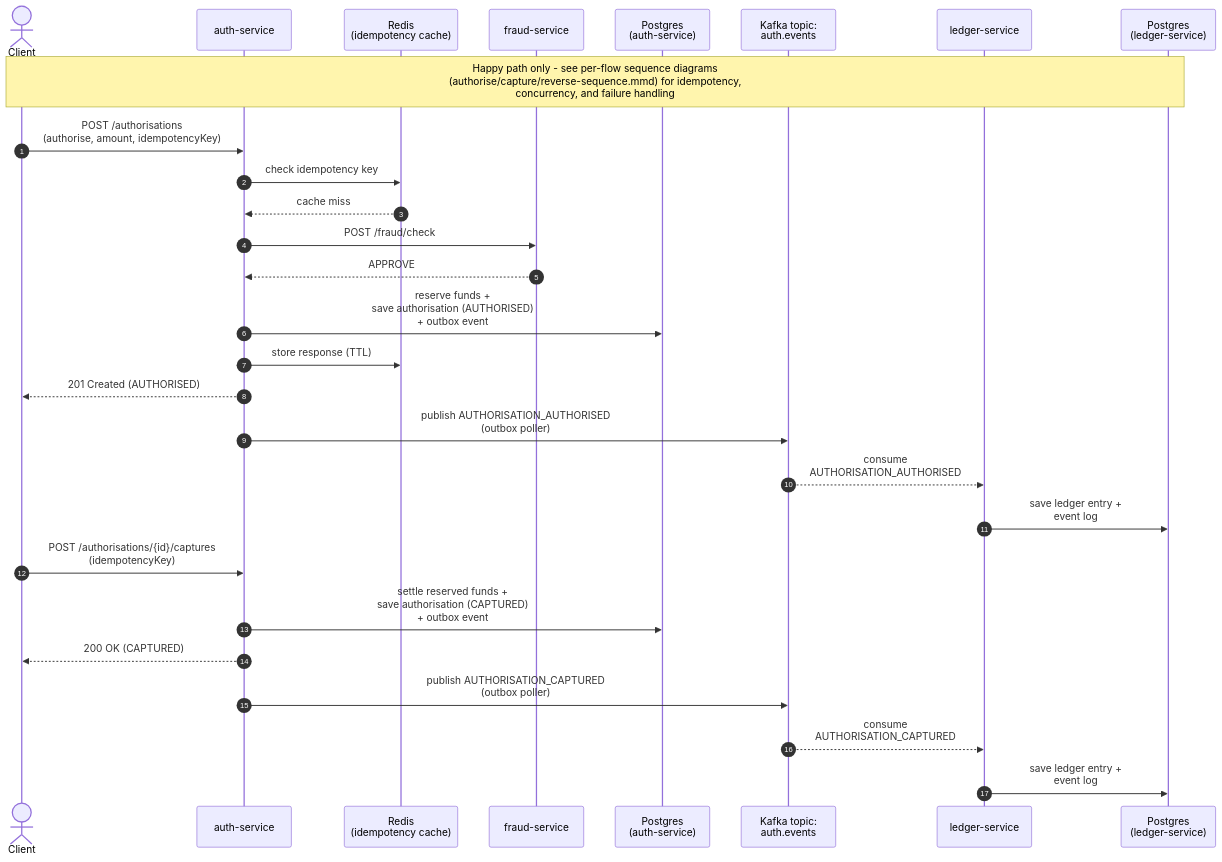
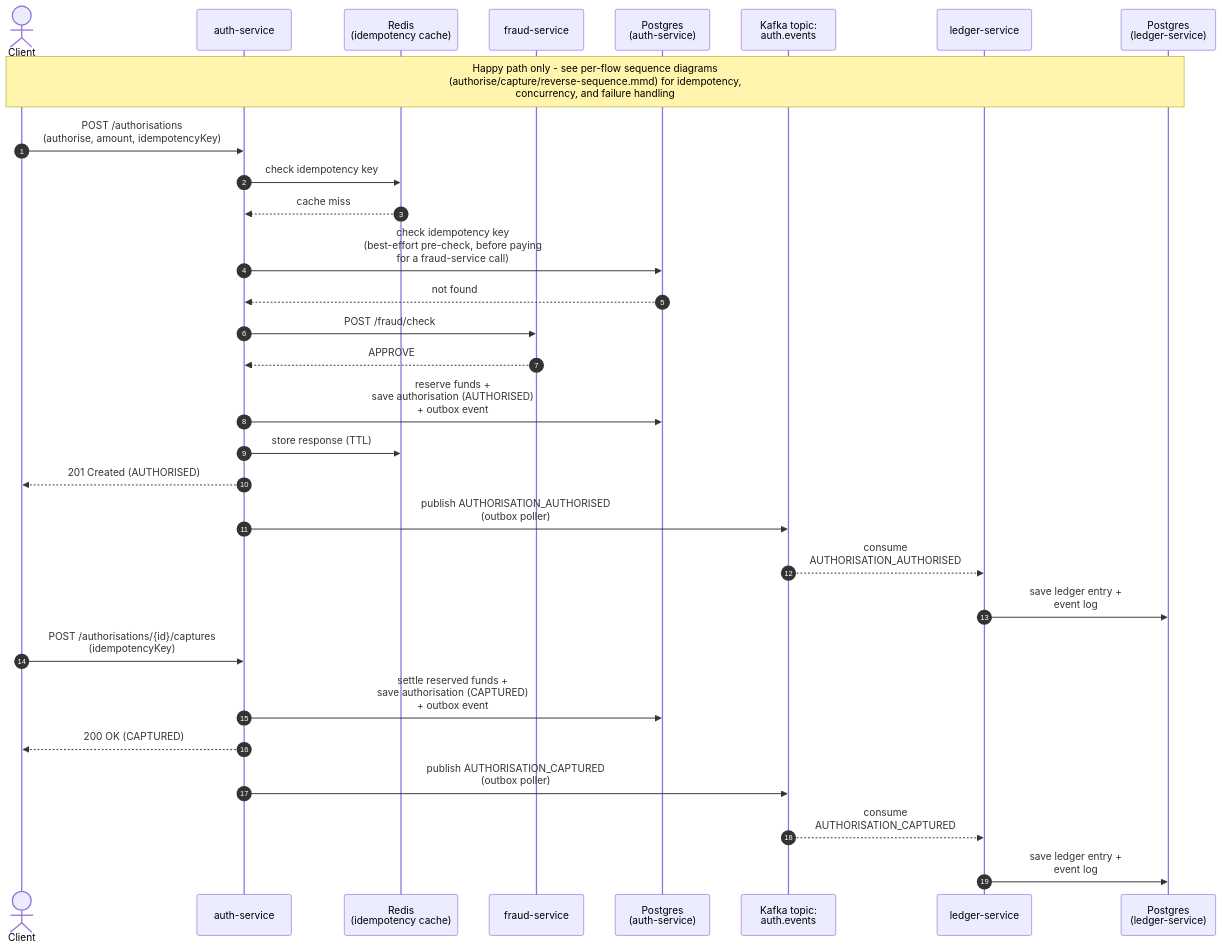
The diagram in docs/flows/diagrams/payment-lifecycle-happy-path.mmd (ShirongQuan/payment-platform), drawn with Mermaid before and after one commit. The commit also changed 41 other files, not shown here.

Commit message:
Updating diagrams and documentation

```diff
--- a/docs/flows/diagrams/payment-lifecycle-happy-path.mmd
+++ b/docs/flows/diagrams/payment-lifecycle-happy-path.mmd
@@ -1,28 +1,30 @@
 sequenceDiagram
     autonumber
     actor Client
     participant Auth as auth-service
     participant Cache as Redis<br/>(idempotency cache)
     participant Fraud as fraud-service
     participant DB as Postgres<br/>(auth-service)
     participant Kafka as Kafka topic:<br/>auth.events
     participant Ledger as ledger-service
     participant LDB as Postgres<br/>(ledger-service)
     Note over Client, LDB: Happy path only - see per-flow sequence diagrams<br/>(authorise/capture/reverse-sequence.mmd) for idempotency,<br/>concurrency, and failure handling
     Client ->> Auth: POST /authorisations<br/>(authorise, amount, idempotencyKey)
     Auth ->> Cache: check idempotency key
     Cache -->> Auth: cache miss
+    Auth ->> DB: check idempotency key<br/>(best-effort pre-check, before paying<br/>for a fraud-service call)
+    DB -->> Auth: not found
     Auth ->> Fraud: POST /fraud/check
     Fraud -->> Auth: APPROVE
     Auth ->> DB: reserve funds +<br/>save authorisation (AUTHORISED)<br/>+ outbox event
     Auth ->> Cache: store response (TTL)
     Auth -->> Client: 201 Created (AUTHORISED)
     Auth ->> Kafka: publish AUTHORISATION_AUTHORISED<br/>(outbox poller)
     Kafka -->> Ledger: consume<br/>AUTHORISATION_AUTHORISED
     Ledger ->> LDB: save ledger entry +<br/>event log
     Client ->> Auth: POST /authorisations/{id}/captures<br/>(idempotencyKey)
     Auth ->> DB: settle reserved funds +<br/>save authorisation (CAPTURED)<br/>+ outbox event
     Auth -->> Client: 200 OK (CAPTURED)
     Auth ->> Kafka: publish AUTHORISATION_CAPTURED<br/>(outbox poller)
     Kafka -->> Ledger: consume<br/>AUTHORISATION_CAPTURED
     Ledger ->> LDB: save ledger entry +<br/>event log
```
